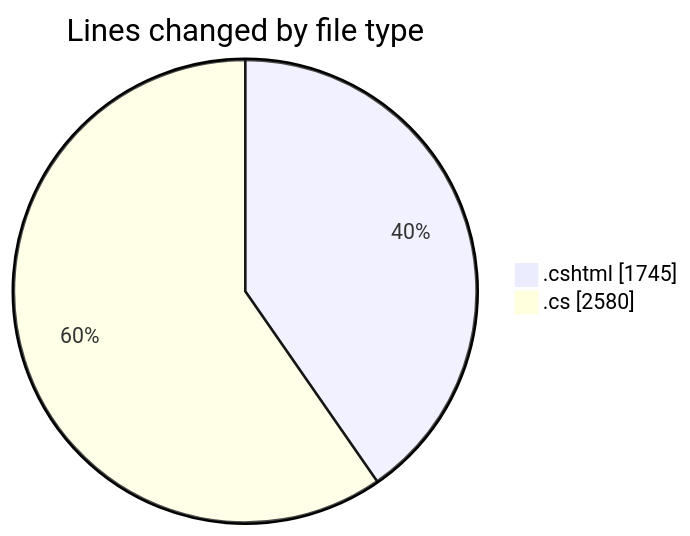
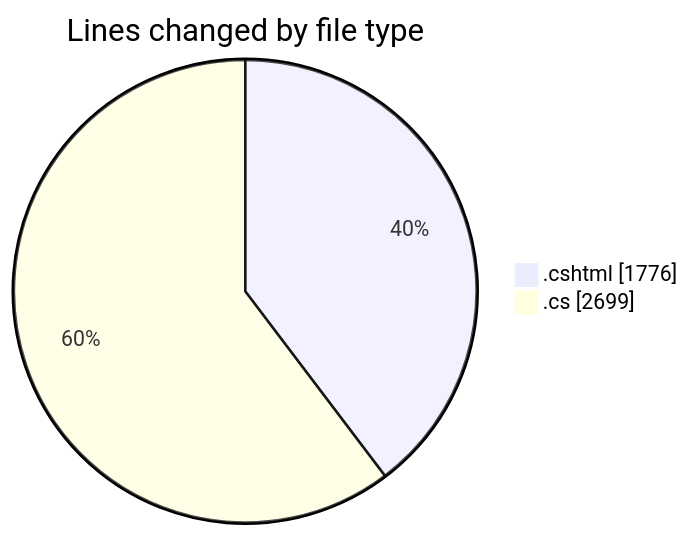
The first of 2 diagrams in 2025-07-17/nhahang/README.md (lephambinh05/code-tracking), drawn with Mermaid before and after one commit. The commit also changed other lines of this file and 1 other file, not shown here.

````diff
--- a/2025-07-17/nhahang/README.md
+++ b/2025-07-17/nhahang/README.md
@@ -65,6 +66,6 @@
 ```mermaid
 pie showData
 title Lines changed by file type
-".cshtml" : 1745
-".cs" : 2580
+".cshtml" : 1776
+".cs" : 2699
 ```
````
